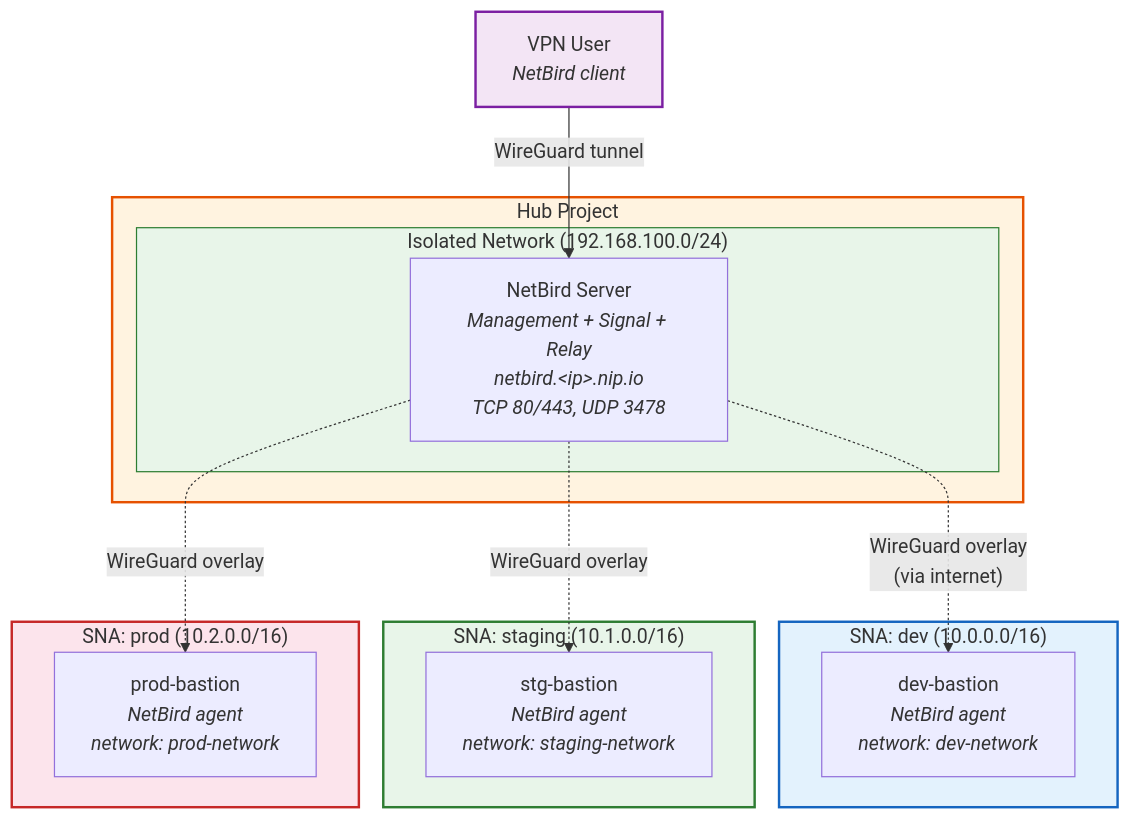
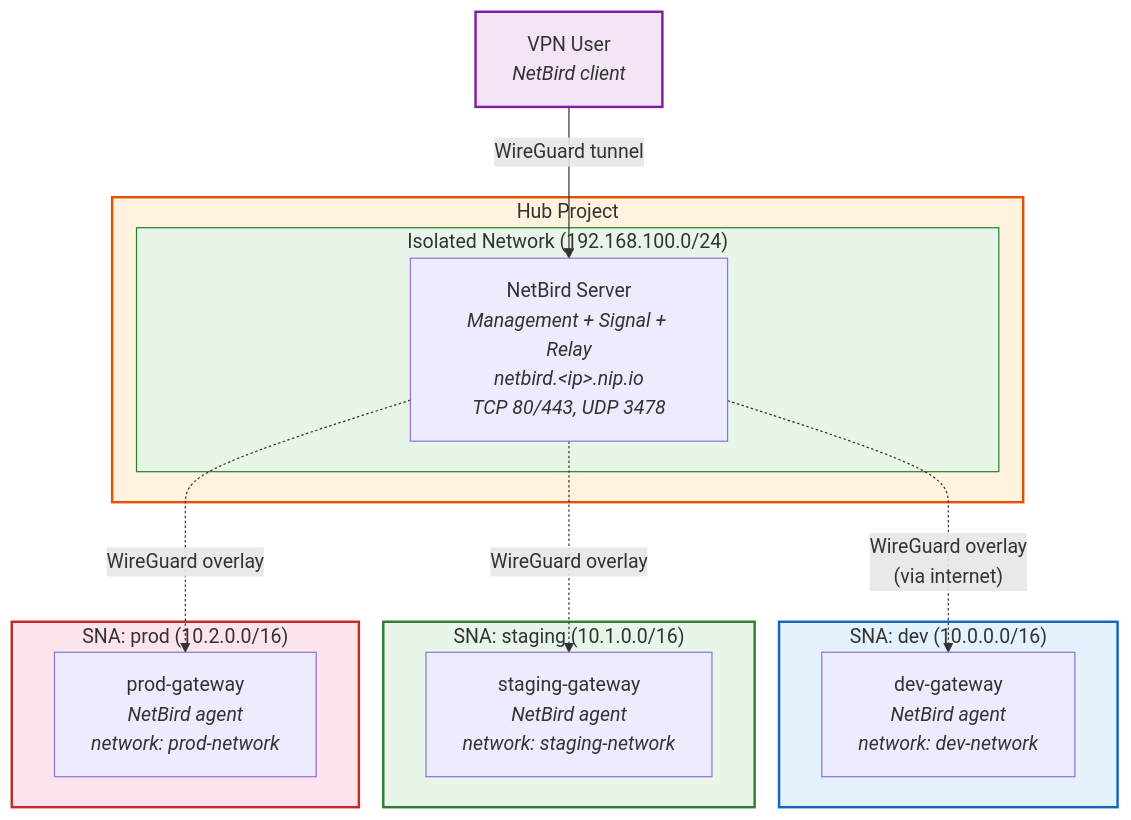
Before and after one commit to Liquid-Reply/stackit-landingzone: the fourth of 12 diagrams in docs/architecture.md, drawn with Mermaid. The commit also changed other lines of this file and 40 other files, not shown here.

````diff
--- a/docs/architecture.md
+++ b/docs/architecture.md
@@ -161,34 +161,34 @@
 ```mermaid
 graph TB
     subgraph hub["Hub Project"]
         subgraph hub_net["Isolated Network (192.168.100.0/24)"]
             nb_server["NetBird Server<br/><i>Management + Signal + Relay</i><br/><i>netbird.&lt;ip&gt;.nip.io</i><br/><i>TCP 80/443, UDP 3478</i>"]
         end
     end
 
     subgraph sna_dev["SNA: dev (10.0.0.0/16)"]
-        bastion_dev["dev-bastion<br/><i>NetBird agent</i><br/><i>network: dev-network</i>"]
+        bastion_dev["dev-gateway<br/><i>NetBird agent</i><br/><i>network: dev-network</i>"]
     end
 
     subgraph sna_stg["SNA: staging (10.1.0.0/16)"]
-        bastion_stg["stg-bastion<br/><i>NetBird agent</i><br/><i>network: staging-network</i>"]
+        bastion_stg["staging-gateway<br/><i>NetBird agent</i><br/><i>network: staging-network</i>"]
     end
 
     subgraph sna_prod["SNA: prod (10.2.0.0/16)"]
-        bastion_prod["prod-bastion<br/><i>NetBird agent</i><br/><i>network: prod-network</i>"]
+        bastion_prod["prod-gateway<br/><i>NetBird agent</i><br/><i>network: prod-network</i>"]
     end
 
     user["VPN User<br/><i>NetBird client</i>"]
 
     user -->|"WireGuard tunnel"| nb_server
     nb_server -.->|"WireGuard overlay<br/>(via internet)"| bastion_dev
     nb_server -.->|"WireGuard overlay"| bastion_stg
     nb_server -.->|"WireGuard overlay"| bastion_prod
 
     style hub fill:#fff3e0,stroke:#e65100,stroke-width:2px
     style hub_net fill:#e8f5e9,stroke:#2e7d32,stroke-width:1px
     style sna_dev fill:#e3f2fd,stroke:#1565c0,stroke-width:2px
     style sna_stg fill:#e8f5e9,stroke:#2e7d32,stroke-width:2px
     style sna_prod fill:#fce4ec,stroke:#c62828,stroke-width:2px
     style user fill:#f3e5f5,stroke:#7b1fa2,stroke-width:2px
 ```
````
